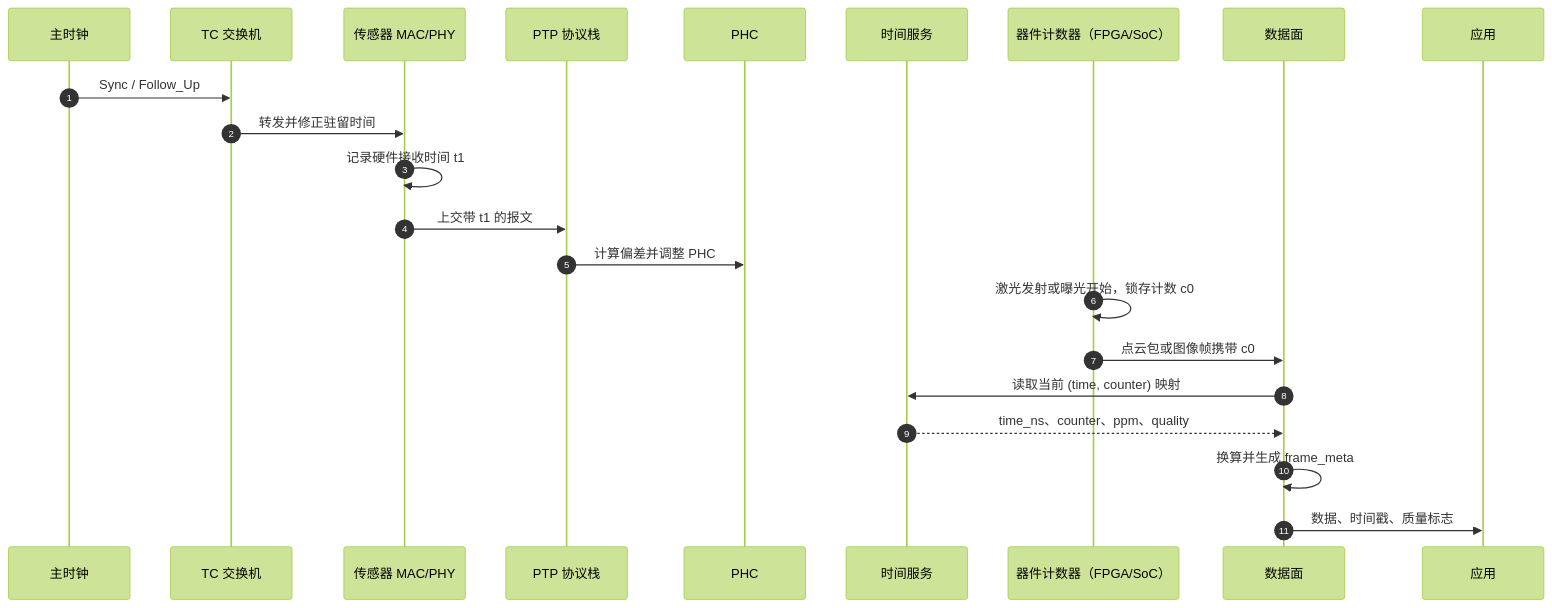
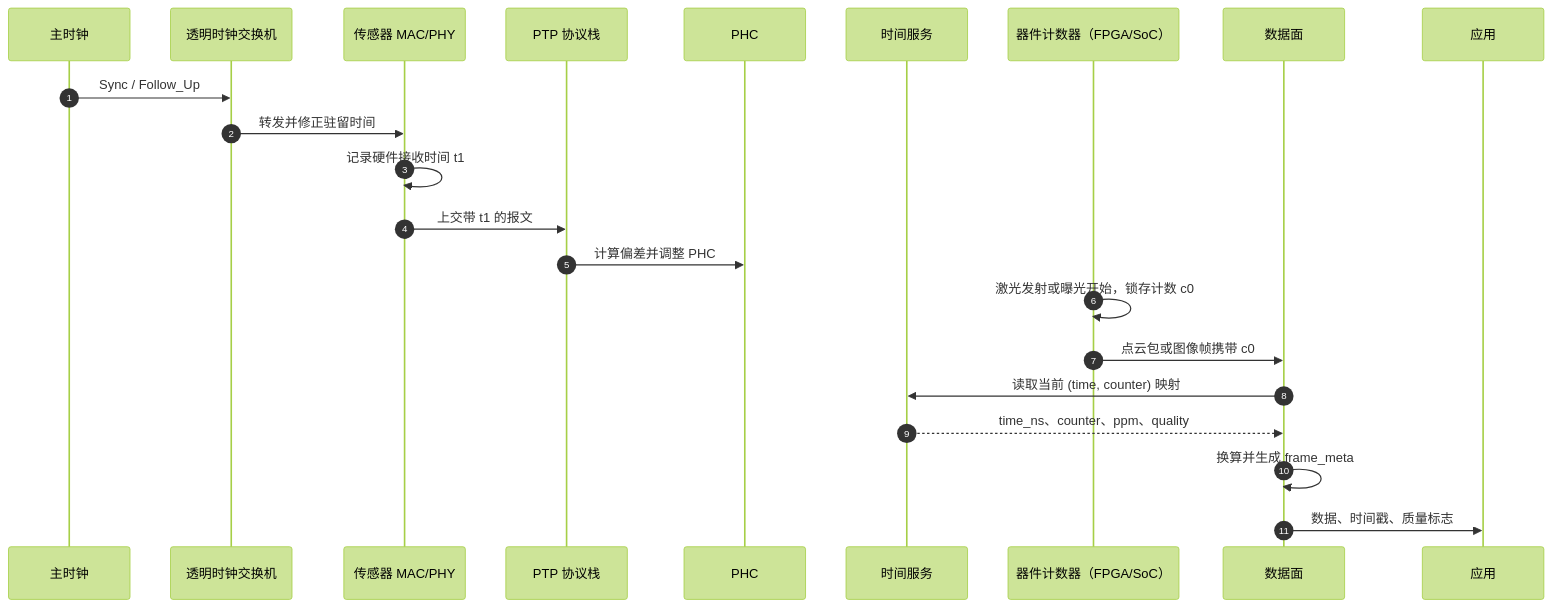
The third of 5 diagrams in content/posts/architecture/ptp_network_module_design.md (DeguiLiu/tech-notes), drawn with Mermaid (forest theme) before and after one commit. The commit also changed other lines of this file, not shown here.

````diff
--- a/content/posts/architecture/ptp_network_module_design.md
+++ b/content/posts/architecture/ptp_network_module_design.md
@@ -356,25 +360,25 @@
 ```mermaid
 sequenceDiagram
     autonumber
     participant M as 主时钟
-    participant SW as TC 交换机
+    participant SW as 透明时钟交换机
     participant N as 传感器 MAC/PHY
     participant P as PTP 协议栈
     participant PH as PHC
     participant TS as 时间服务
     participant F as 器件计数器（FPGA/SoC）
     participant D as 数据面
     participant A as 应用
 
     M->>SW: Sync / Follow_Up
     SW->>N: 转发并修正驻留时间
     N->>N: 记录硬件接收时间 t1
     N->>P: 上交带 t1 的报文
     P->>PH: 计算偏差并调整 PHC
     F->>F: 激光发射或曝光开始，锁存计数 c0
     F->>D: 点云包或图像帧携带 c0
     D->>TS: 读取当前 (time, counter) 映射
     TS-->>D: time_ns、counter、ppm、quality
     D->>D: 换算并生成 frame_meta
     D->>A: 数据、时间戳、质量标志
 ```
````
